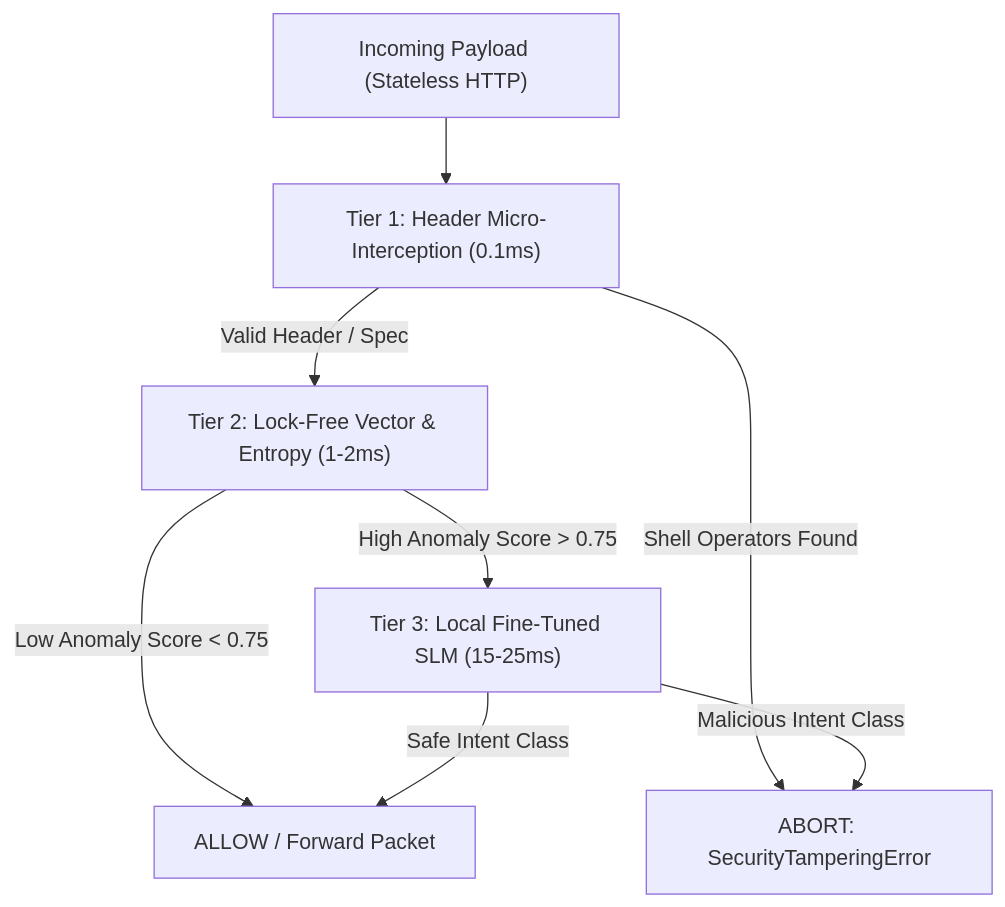
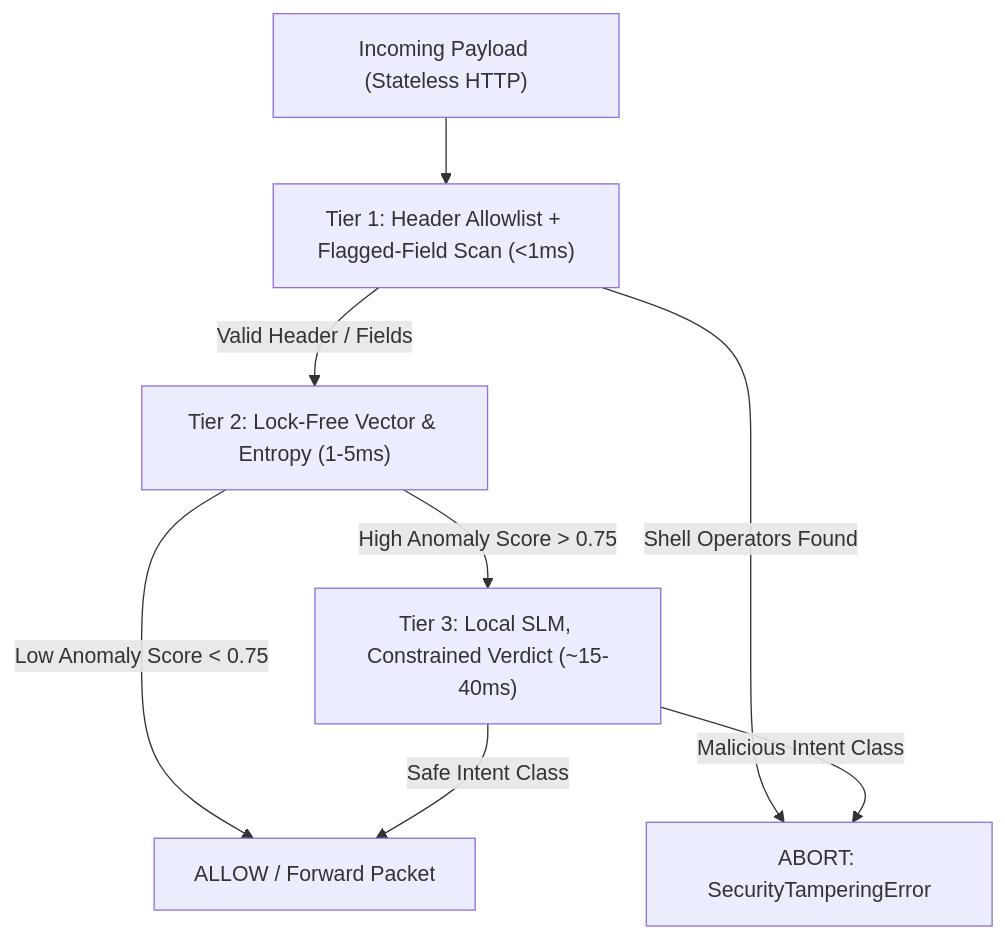
Before and after one commit to rishikeshvarma/MCP-Shield: the diagram in 02 - System Architecture & Technical Implementation.md, drawn with Mermaid. The commit also changed other lines of this file and 6 other files, not shown here.

````diff
--- a/02 - System Architecture & Technical Implementation.md
+++ b/02 - System Architecture & Technical Implementation.md
@@ -37,12 +39,12 @@
 ```mermaid
 graph TD
-    Incoming["Incoming Payload (Stateless HTTP)"] --> T1["Tier 1: Header Micro-Interception (0.1ms)"]
-    T1 -->|Valid Header / Spec| T2["Tier 2: Lock-Free Vector & Entropy (1-2ms)"]
+    Incoming["Incoming Payload (Stateless HTTP)"] --> T1["Tier 1: Header Allowlist + Flagged-Field Scan (<1ms)"]
+    T1 -->|Valid Header / Fields| T2["Tier 2: Lock-Free Vector & Entropy (1-5ms)"]
     T1 -->|Shell Operators Found| Deny["ABORT: SecurityTamperingError"]
     
     T2 -->|"Low Anomaly Score < 0.75"| Pass["ALLOW / Forward Packet"]
-    T2 -->|"High Anomaly Score > 0.75"| T3["Tier 3: Local Fine-Tuned SLM (15-25ms)"]
+    T2 -->|"High Anomaly Score > 0.75"| T3["Tier 3: Local SLM, Constrained Verdict (~15-40ms)"]
     
     T3 -->|Malicious Intent Class| Deny
     T3 -->|Safe Intent Class| Pass
 ```
````
